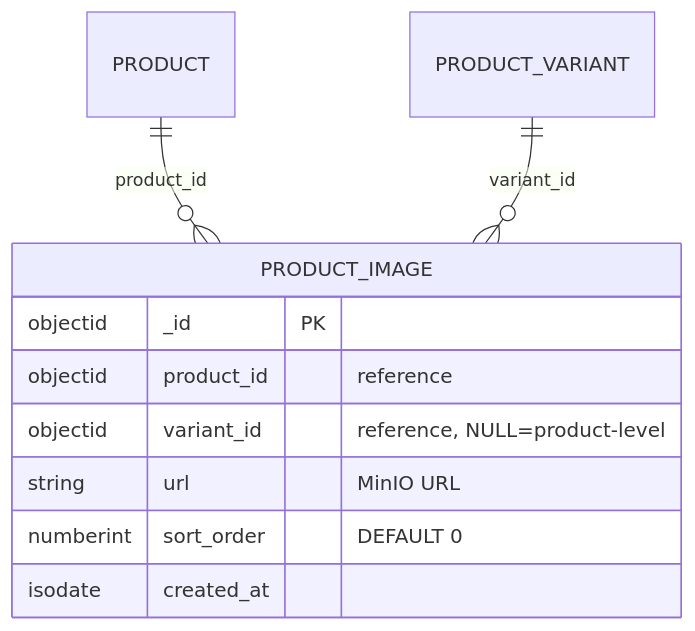
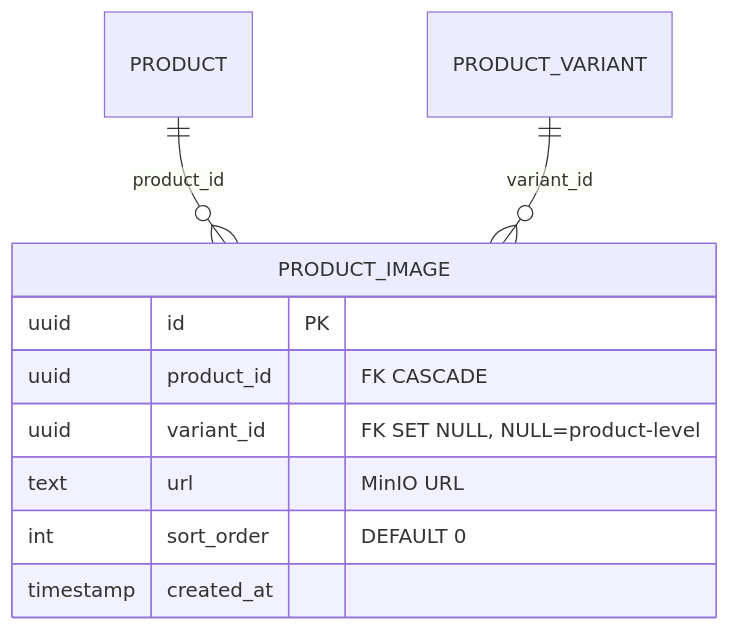
The diagram in documents/data-models/product-service/entity-product-image.md (ldqanh1408/stealing-from-paradise), drawn with Mermaid before and after one commit. The commit also changed other lines of this file and 128 other files, not shown here.

````diff
--- a/documents/data-models/product-service/entity-product-image.md
+++ b/documents/data-models/product-service/entity-product-image.md
@@ -12,14 +12,14 @@
 ```mermaid
 erDiagram
     PRODUCT ||--o{ PRODUCT_IMAGE : "product_id"
     PRODUCT_VARIANT ||--o{ PRODUCT_IMAGE : "variant_id"
 
     PRODUCT_IMAGE {
-        objectid _id PK
-        objectid product_id "reference"
-        objectid variant_id "reference, NULL=product-level"
-        string url "MinIO URL"
-        numberint sort_order "DEFAULT 0"
-        isodate created_at
+        uuid id PK
+        uuid product_id "FK CASCADE"
+        uuid variant_id "FK SET NULL, NULL=product-level"
+        text url "MinIO URL"
+        int sort_order "DEFAULT 0"
+        timestamp created_at
     }
 ```
````
